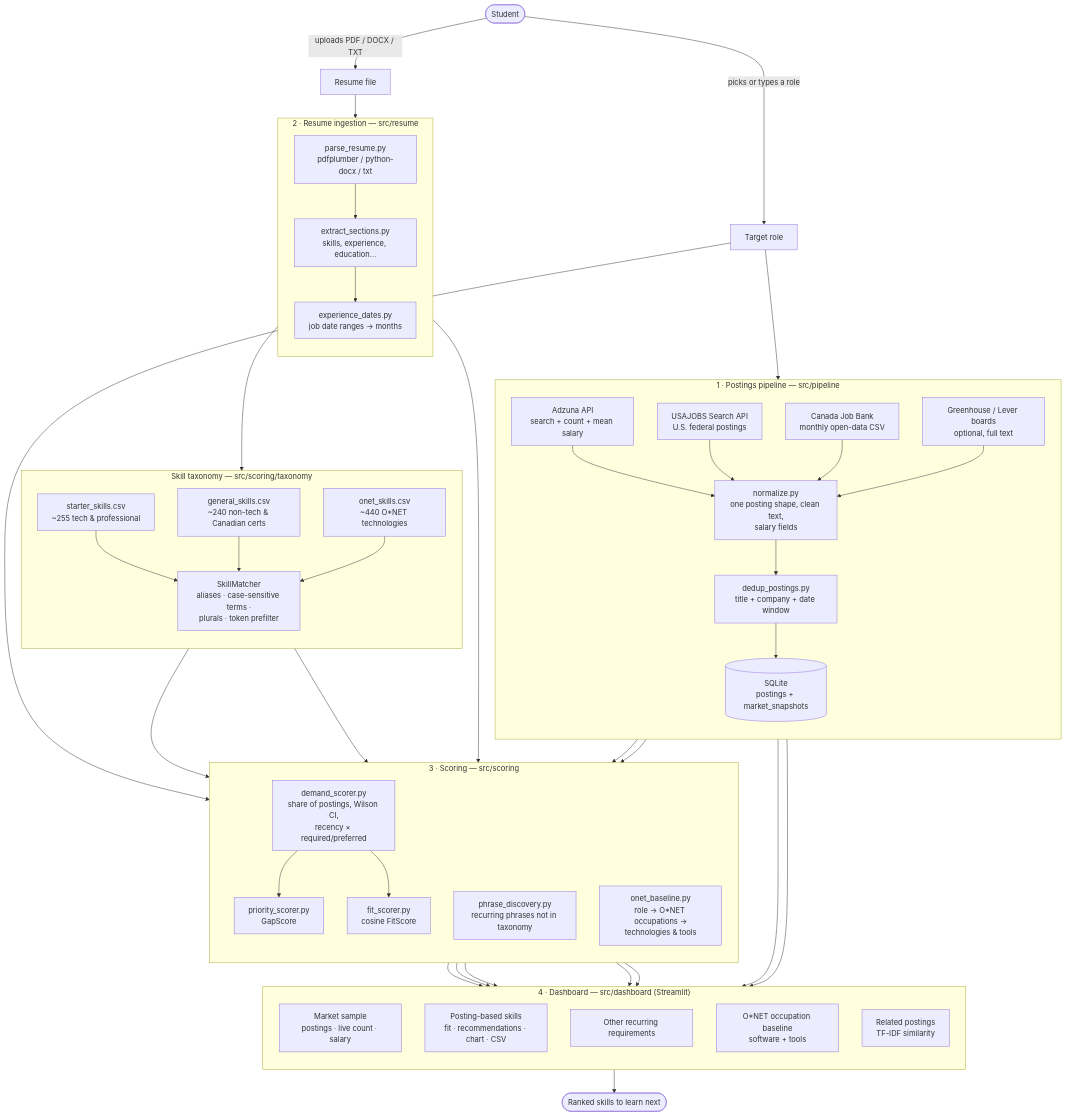
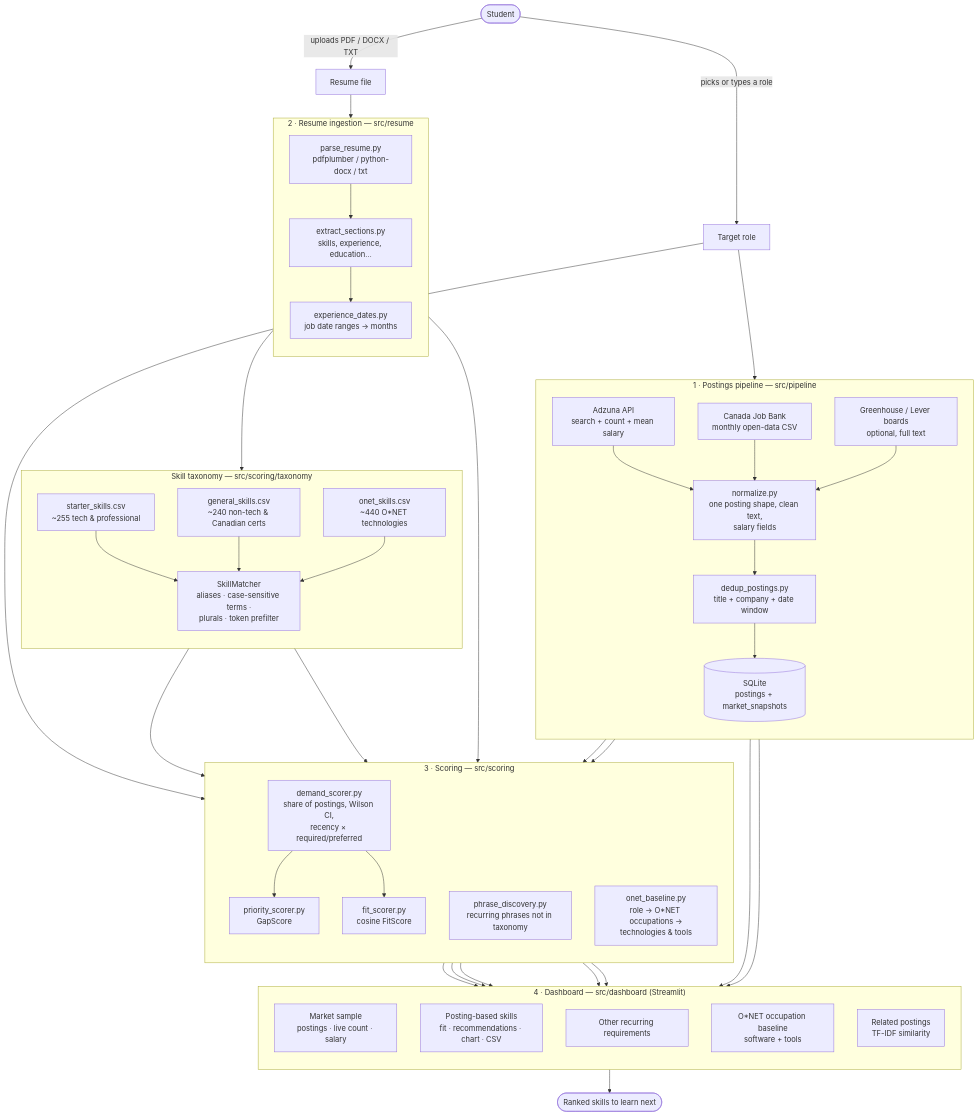
Before and after one commit to luislimon12/skills_gap_analyzer: the first of 7 diagrams in docs/Skills Gap Analyzer - Complete Guide.md, drawn with Mermaid. The commit also changed other lines of this file and 75 other files, not shown here.

````diff
--- a/docs/Skills Gap Analyzer - Complete Guide.md
+++ b/docs/Skills Gap Analyzer - Complete Guide.md
@@ -34,78 +34,76 @@
 ```mermaid
 flowchart TD
     U([Student]) -->|picks or types a role| ROLE[Target role]
     U -->|uploads PDF / DOCX / TXT| RES[Resume file]
 
     subgraph P1["1 · Postings pipeline — src/pipeline"]
         direction TB
         ADZ[Adzuna API<br/>search + count + mean salary]
-        USA[USAJOBS Search API<br/>U.S. federal postings]
         JB[Canada Job Bank<br/>monthly open-data CSV]
         ATS[Greenhouse / Lever boards<br/>optional, full text]
         NORM[normalize.py<br/>one posting shape, clean text,<br/>salary fields]
         DEDUP[dedup_postings.py<br/>title + company + date window]
         DB[(SQLite<br/>postings + market_snapshots)]
         ADZ --> NORM
-        USA --> NORM
         JB --> NORM
         ATS --> NORM
         NORM --> DEDUP --> DB
     end
 
     subgraph P2["2 · Resume ingestion — src/resume"]
         direction TB
         PARSE[parse_resume.py<br/>pdfplumber / python-docx / txt]
         SECT[extract_sections.py<br/>skills, experience, education…]
         DATES[experience_dates.py<br/>job date ranges → months]
         PARSE --> SECT --> DATES
     end
 
     subgraph TAX["Skill taxonomy — src/scoring/taxonomy"]
         direction TB
         CUR1[starter_skills.csv<br/>~255 tech & professional]
         CUR2[general_skills.csv<br/>~240 non-tech & Canadian certs]
         ONET[onet_skills.csv<br/>~440 O*NET technologies]
         MATCH[SkillMatcher<br/>aliases · case-sensitive terms ·<br/>plurals · token prefilter]
         CUR1 --> MATCH
         CUR2 --> MATCH
         ONET --> MATCH
     end
 
     subgraph P3["3 · Scoring — src/scoring"]
         direction TB
         DEM[demand_scorer.py<br/>share of postings, Wilson CI,<br/>recency × required/preferred]
         GAP[priority_scorer.py<br/>GapScore]
         FIT[fit_scorer.py<br/>cosine FitScore]
         PHR[phrase_discovery.py<br/>recurring phrases not in taxonomy]
         OCC[onet_baseline.py<br/>role → O*NET occupations →<br/>technologies & tools]
         DEM --> GAP
         DEM --> FIT
     end
 
     subgraph P4["4 · Dashboard — src/dashboard (Streamlit)"]
         direction TB
         M1[Market sample<br/>postings · live count · salary]
         M2[Posting-based skills<br/>fit · recommendations · chart · CSV]
         M3[Other recurring requirements]
         M4[O*NET occupation baseline<br/>software + tools]
         M5[Related postings<br/>TF-IDF similarity]
     end
 
     ROLE --> ADZ
     ROLE --> OCC
     RES --> PARSE
     DB --> DEM
     DB --> PHR
     MATCH --> DEM
     MATCH --> PHR
     SECT --> MATCH
     DATES --> DEM
     OCC --> M4
     DEM --> M2
     GAP --> M2
     FIT --> M2
     PHR --> M3
     DB --> M1
     DB --> M5
     M2 --> OUT([Ranked skills to learn next])
 ```
````
